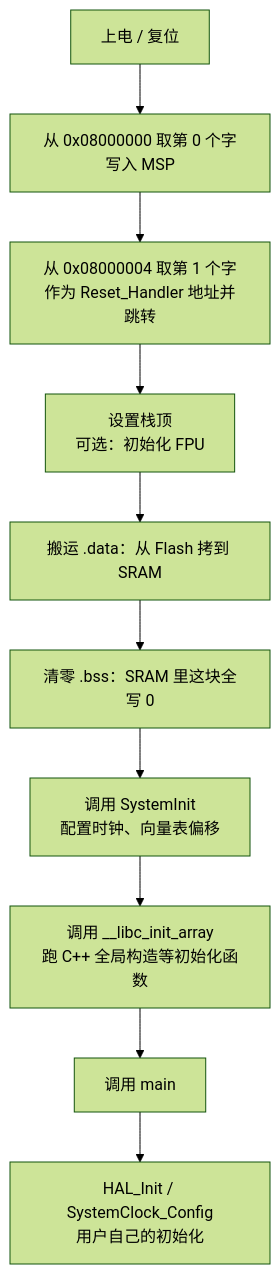
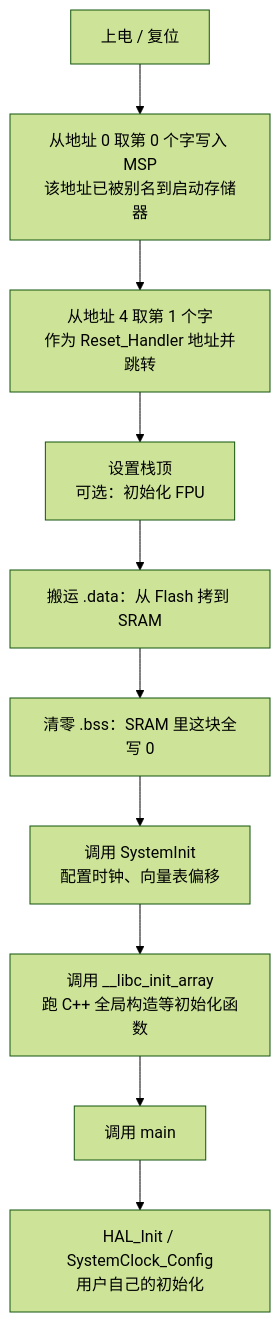
The diagram in docs/02-MCU与体系结构/02-Cortex-M内核与启动流程.md (vow0328/embedded-learning-guide), drawn with Mermaid (forest theme) before and after one commit. The commit also changed other lines of this file and 1 other file, not shown here.

````diff
--- a/docs/02-MCU与体系结构/02-Cortex-M内核与启动流程.md
+++ b/docs/02-MCU与体系结构/02-Cortex-M内核与启动流程.md
@@ -165,12 +184,12 @@
 ```mermaid
 flowchart TD
-    A["上电 / 复位"] --> B["从 0x08000000 取第 0 个字写入 MSP"]
-    B --> C["从 0x08000004 取第 1 个字<br/>作为 Reset_Handler 地址并跳转"]
+    A["上电 / 复位"] --> B["从地址 0 取第 0 个字写入 MSP<br/>该地址已被别名到启动存储器"]
+    B --> C["从地址 4 取第 1 个字<br/>作为 Reset_Handler 地址并跳转"]
     C --> D["设置栈顶<br/>可选：初始化 FPU"]
     D --> E["搬运 .data：从 Flash 拷到 SRAM"]
     E --> F["清零 .bss：SRAM 里这块全写 0"]
     F --> G["调用 SystemInit<br/>配置时钟、向量表偏移"]
     G --> H["调用 __libc_init_array<br/>跑 C++ 全局构造等初始化函数"]
     H --> I["调用 main"]
     I --> J["HAL_Init / SystemClock_Config<br/>用户自己的初始化"]
 ```
````
